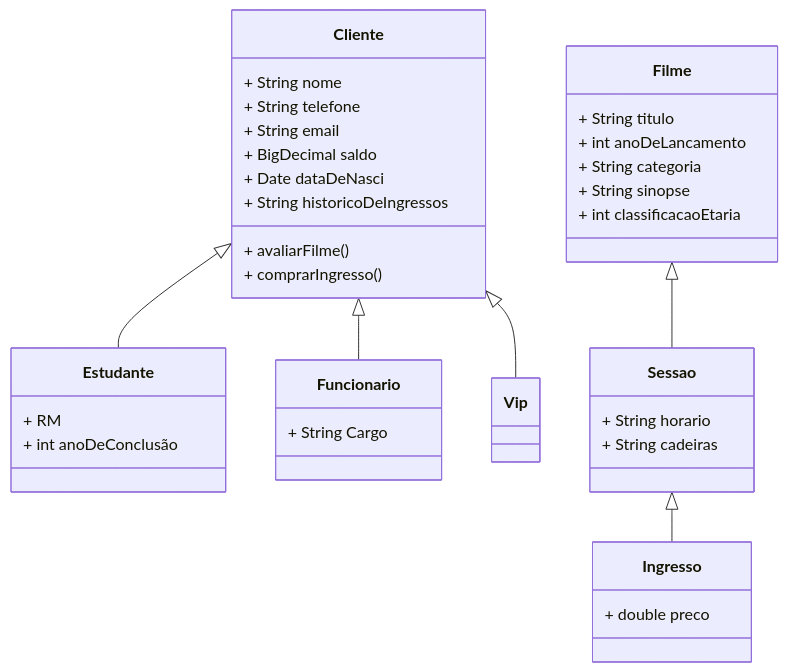
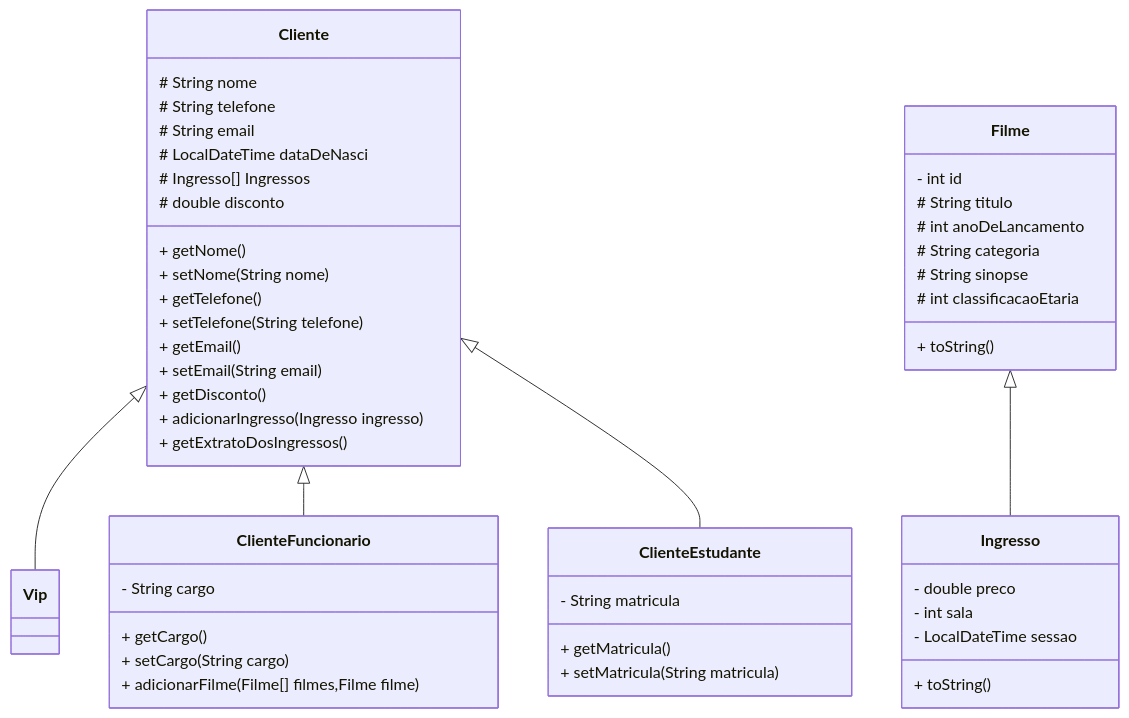
Before and after one commit to Dev-Vinicius1/agenda-filme: the diagram in README.md, drawn with Mermaid.

````diff
--- a/README.md
+++ b/README.md
@@ -3,34 +3,48 @@
 ```mermaid
 classDiagram
-Cliente : + String nome
-Cliente : + String telefone
-Cliente : + String email
-Cliente : + BigDecimal saldo
-Cliente : + Date dataDeNasci
-Cliente : + String historicoDeIngressos
-Cliente : + avaliarFilme()
-Cliente : + comprarIngresso()
+Cliente : # String nome
+Cliente : # String telefone
+Cliente : # String email
+Cliente : # LocalDateTime dataDeNasci
+Cliente : # Ingresso[] Ingressos
+Cliente : # double disconto
+Cliente : + getNome()
+Cliente : + setNome(String nome)
+Cliente : + getTelefone()
+Cliente : + setTelefone(String telefone)
+Cliente : + getEmail()
+Cliente : + setEmail(String email)
+Cliente : + getDisconto()
+Cliente : + adicionarIngresso(Ingresso ingresso)
+Cliente : + getExtratoDosIngressos()
 
-Estudante : + RM
-Estudante : + int anoDeConclusão
+ClienteEstudante : - String matricula
+ClienteEstudante : + getMatricula()
+ClienteEstudante : + setMatricula(String matricula)
 
-Funcionario : + String Cargo
+ClienteFuncionario : - String cargo
+ClienteFuncionario : + getCargo()
+ClienteFuncionario : + setCargo(String cargo)
+ClienteFuncionario : + adicionarFilme(Filme[] filmes,Filme filme)
 
 Cliente <|-- Vip
-Cliente <|-- Funcionario
-Cliente <|-- Estudante
+Cliente <|-- ClienteFuncionario
+Cliente <|-- ClienteEstudante
 
-Filme : + String titulo
-Filme : + int anoDeLancamento
-Filme : + String categoria
-Filme : + String sinopse
-Filme : + int classificacaoEtaria
+Filme : - int id
+Filme : # String titulo
+Filme : # int anoDeLancamento
+Filme : # String categoria
+Filme : # String sinopse
+Filme : # int classificacaoEtaria
+Filme : + toString()
 
-Ingresso: + double preco
 
-Sessao : + String horario
-Sessao : + String cadeiras
+Ingresso: - double preco
+Ingresso: - int sala
+Ingresso: - LocalDateTime sessao
+Ingresso : + toString()
 
-Filme <|-- Sessao
-Sessao <|-- Ingresso
+
+Filme <|-- Ingresso
 ```
````
